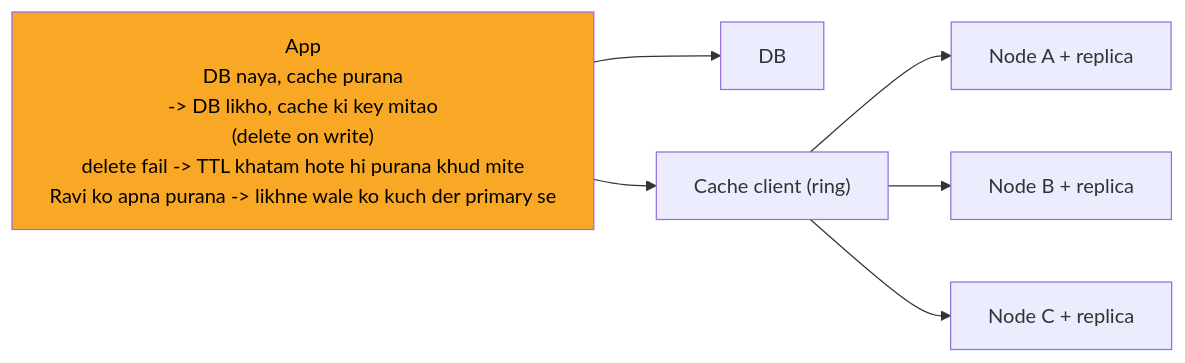
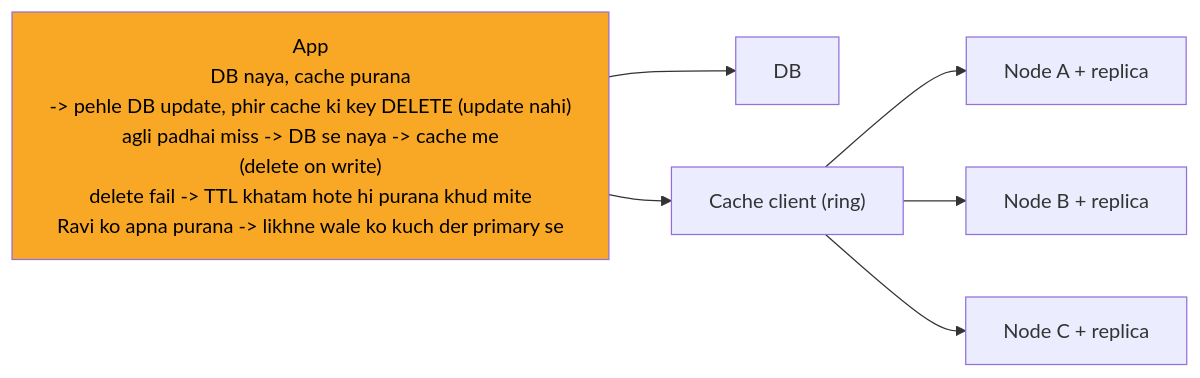
One commit to ArpanMaheshwari144/Prep changed the fifth of 8 diagrams in 04_HLD/SYSTEM_DESIGNS/10_distributed_cache/10_distributed_cache.md. Above: the diagram before and after it, drawn with Mermaid. The commit also changed other lines of this file and 13 other files, not shown here.

````diff
--- a/04_HLD/SYSTEM_DESIGNS/10_distributed_cache/10_distributed_cache.md
+++ b/04_HLD/SYSTEM_DESIGNS/10_distributed_cache/10_distributed_cache.md
@@ -216,16 +220,16 @@
 ```mermaid
 %%{init: {"flowchart": {"wrappingWidth": 450}}}%%
 flowchart LR
-    n_App["App<br/>DB naya, cache purana<br/>-> DB likho, cache ki key mitao<br/>(delete on write)<br/>delete fail -> TTL khatam hote hi purana khud mite<br/>Ravi ko apna purana -> likhne wale ko kuch der primary se"]
+    n_App["App<br/>DB naya, cache purana<br/>-> pehle DB update, phir cache ki key DELETE (update nahi)<br/>agli padhai miss -> DB se naya -> cache me<br/>(delete on write)<br/>delete fail -> TTL khatam hote hi purana khud mite<br/>Ravi ko apna purana -> likhne wale ko kuch der primary se"]
     n_DB["DB"]
     n_Cache_client["Cache client (ring)"]
     n_Node_A_replica["Node A + replica"]
     n_Node_B_replica["Node B + replica"]
     n_Node_C_replica["Node C + replica"]
     n_App --> n_DB
     n_App --> n_Cache_client
     n_Cache_client --> n_Node_A_replica
     n_Cache_client --> n_Node_B_replica
     n_Cache_client --> n_Node_C_replica
     style n_App fill:#f9a825,color:#000
 ```
````
